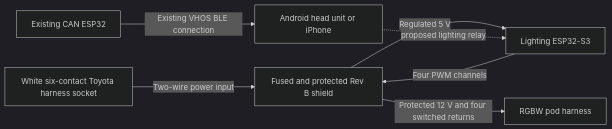
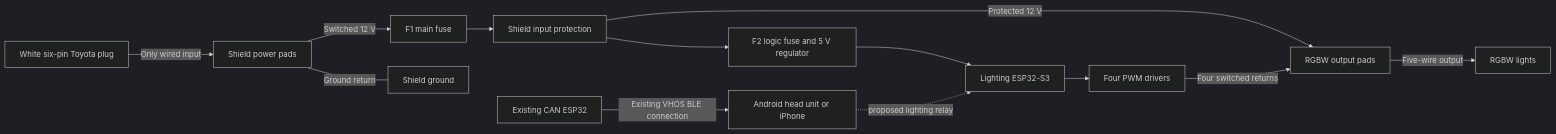
Before and after one commit to IsaiahDupree/4runner-vehicle-health-os: the diagram in hardware/console-led-node-v0.1/pcb-rgbw-revb/TOYOTA-POWER-BUILD.md, drawn with Mermaid (dark theme). The commit also changed other lines of this file and 5 other files, not shown here.

Commit message:
Show one Toyota input powering the controller and RGBW lights

````diff
--- a/hardware/console-led-node-v0.1/pcb-rgbw-revb/TOYOTA-POWER-BUILD.md
+++ b/hardware/console-led-node-v0.1/pcb-rgbw-revb/TOYOTA-POWER-BUILD.md
@@ -10,9 +12,15 @@
 ```mermaid
 flowchart LR
-  T[White six-contact Toyota harness socket] -->|Two-wire power input| P[Fused and protected Rev B shield]
-  P -->|Regulated 5 V| S[Lighting ESP32-S3]
-  S -->|Four PWM channels| P
-  P -->|Protected 12 V and four switched returns| L[RGBW pod harness]
+  T[White six-pin Toyota plug] -->|Only wired input| I[Shield power pads]
+  I -->|Switched 12 V| F[F1 main fuse]
+  I ---|Ground return| R[Shield ground]
+  F --> P[Shield input protection]
+  P -->|Protected 12 V| O[RGBW output pads]
+  P --> B[F2 logic fuse and 5 V regulator]
+  B --> S[Lighting ESP32-S3]
+  S --> D[Four PWM drivers]
+  D -->|Four switched returns| O
+  O -->|Five-wire output| L[RGBW lights]
   G[Existing CAN ESP32] -->|Existing VHOS BLE connection| A[Android head unit or iPhone]
   A -. proposed lighting relay .-> S
 ```
````
